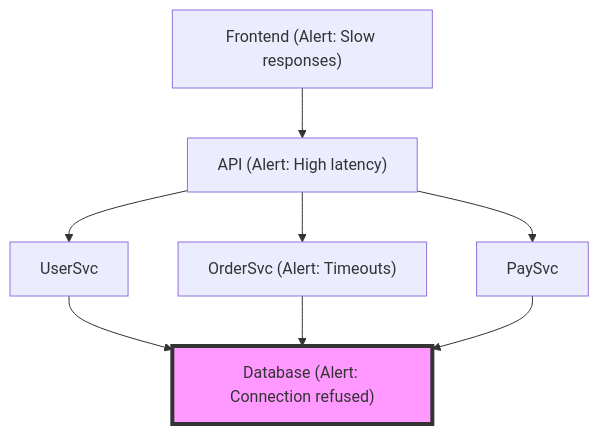
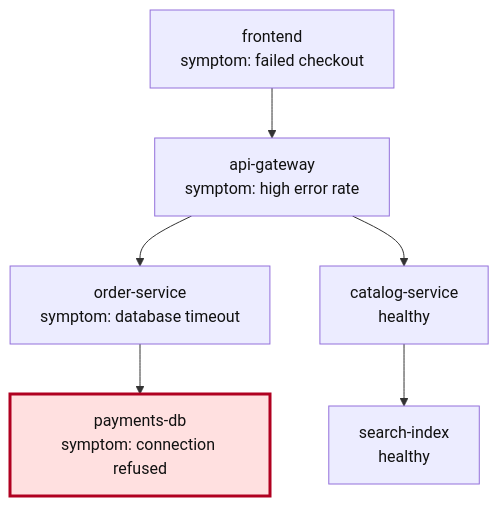
Before and after one commit to krisztiankoos/kubedojo: the fifth of 8 diagrams in src/content/docs/platform/disciplines/data-ai/aiops/module-6.3-event-correlation.md, drawn with Mermaid. The commit also changed other lines of this file, not shown here.

````diff
--- a/src/content/docs/platform/disciplines/data-ai/aiops/module-6.3-event-correlation.md
+++ b/src/content/docs/platform/disciplines/data-ai/aiops/module-6.3-event-correlation.md
@@ -144,13 +205,11 @@
 ```mermaid
 flowchart TD
-    Frontend["Frontend (Alert: Slow responses)"] --> API["API (Alert: High latency)"]
-    API --> UserSvc["UserSvc"]
-    API --> OrderSvc["OrderSvc (Alert: Timeouts)"]
-    API --> PaySvc["PaySvc"]
-    UserSvc --> Database["Database (Alert: Connection refused)"]
-    OrderSvc --> Database
-    PaySvc --> Database
-    
-    classDef root fill:#f9f,stroke:#333,stroke-width:4px;
+    Frontend["frontend<br/>symptom: failed checkout"] --> Gateway["api-gateway<br/>symptom: high error rate"]
+    Gateway --> Order["order-service<br/>symptom: database timeout"]
+    Gateway --> Catalog["catalog-service<br/>healthy"]
+    Order --> Database["payments-db<br/>symptom: connection refused"]
+    Catalog --> Search["search-index<br/>healthy"]
+
+    classDef root fill:#ffe0e0,stroke:#b00020,stroke-width:3px,color:#111;
     class Database root;
 ```
````
